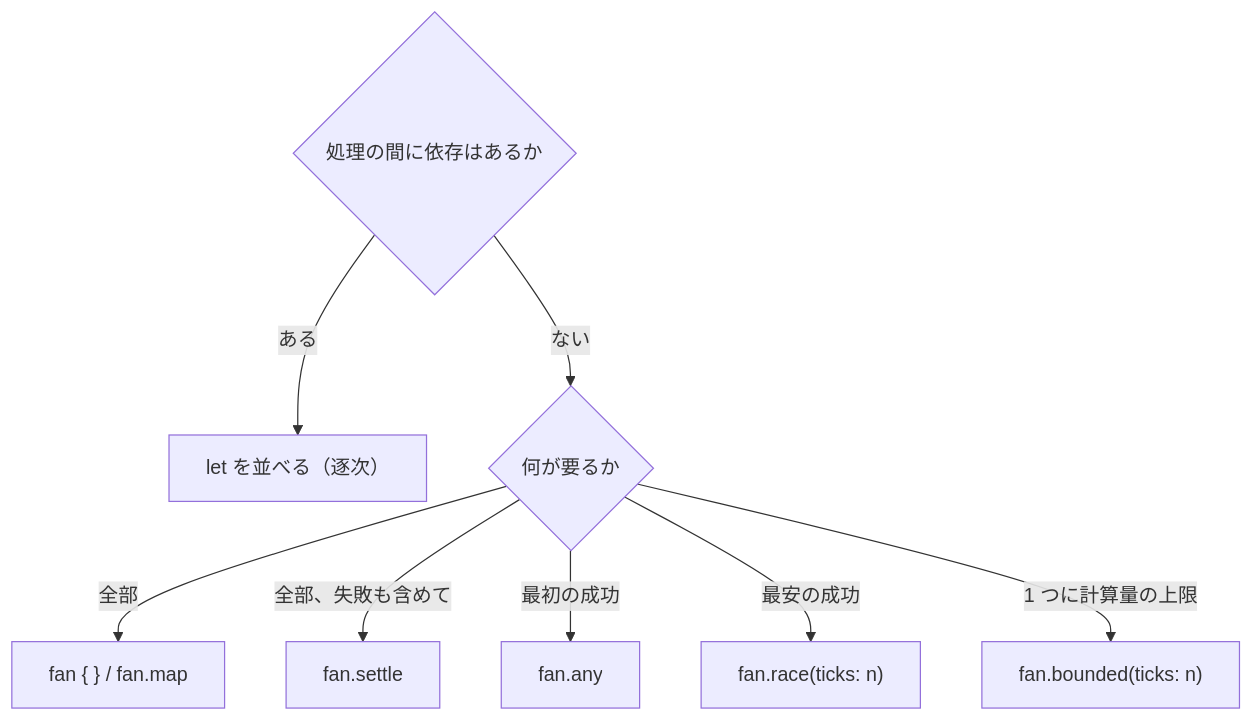
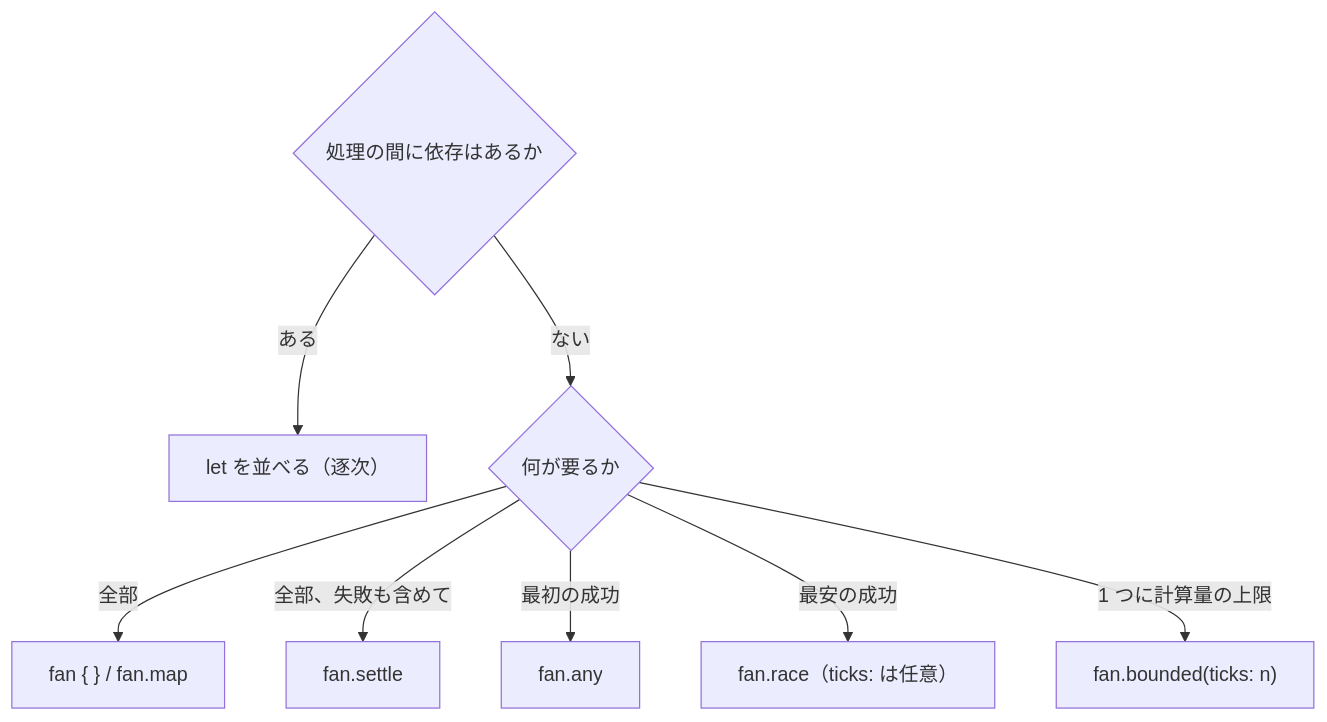
The third of 6 diagrams in docs/roadmap/active/async-inception.md (almide/almide), drawn with Mermaid before and after one commit. The commit also changed other lines of this file and 7 other files, not shown here.

Commit message:
Audit ticks against timeout-shaped APIs: optional race guard, tool-supplied numbers, time stays oracle-tier

````diff
--- a/docs/roadmap/active/async-inception.md
+++ b/docs/roadmap/active/async-inception.md
@@ -135,10 +139,10 @@
 ```mermaid
 flowchart TD
     Q0{"処理の間に依存はあるか"} -->|ある| SEQ["let を並べる（逐次）"]
     Q0 -->|ない| Q1{"何が要るか"}
     Q1 -->|"全部"| ALL["fan { } / fan.map"]
     Q1 -->|"全部、失敗も含めて"| SETTLE["fan.settle"]
     Q1 -->|"最初の成功"| ANY["fan.any"]
-    Q1 -->|"最安の成功"| RACE["fan.race(ticks: n)"]
+    Q1 -->|"最安の成功"| RACE["fan.race（ticks: は任意）"]
     Q1 -->|"1 つに計算量の上限"| BOUNDED["fan.bounded(ticks: n)"]
 ```
````
